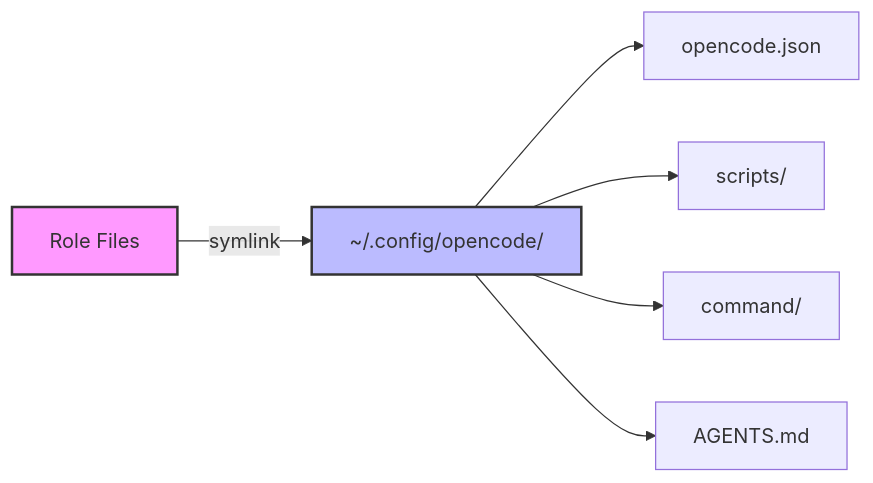
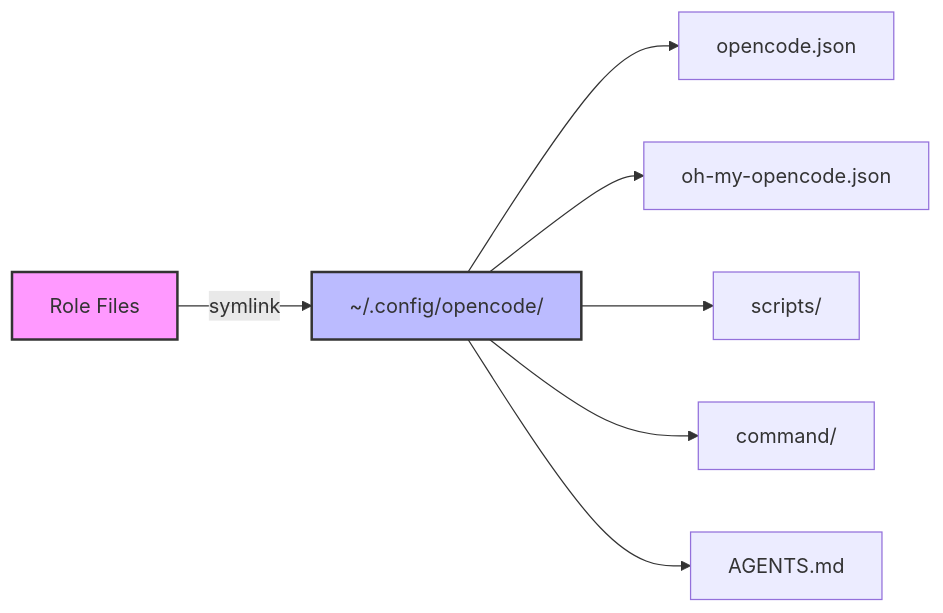
Before and after one commit to uarslandev/infra: the first of 2 diagrams in dotfiles/roles/opencode/README.md, drawn with Mermaid. The commit also changed other lines of this file and 7 other files, not shown here.

````diff
--- a/dotfiles/roles/opencode/README.md
+++ b/dotfiles/roles/opencode/README.md
@@ -28,11 +28,12 @@
 ```mermaid
 graph LR
     A[Role Files] -->|symlink| B[~/.config/opencode/]
     B --> C[opencode.json]
-    B --> D[scripts/]
-    B --> E[command/]
-    B --> F[AGENTS.md]
+    B --> D[oh-my-opencode.json]
+    B --> E[scripts/]
+    B --> F[command/]
+    B --> G[AGENTS.md]
 
     style A fill:#f9f,stroke:#333,stroke-width:2px
     style B fill:#bbf,stroke:#333,stroke-width:2px
 ```
````
